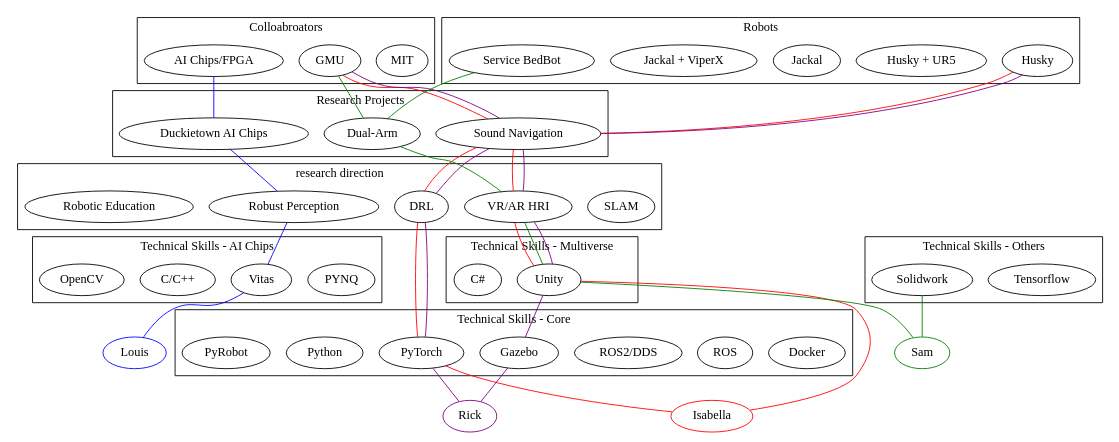
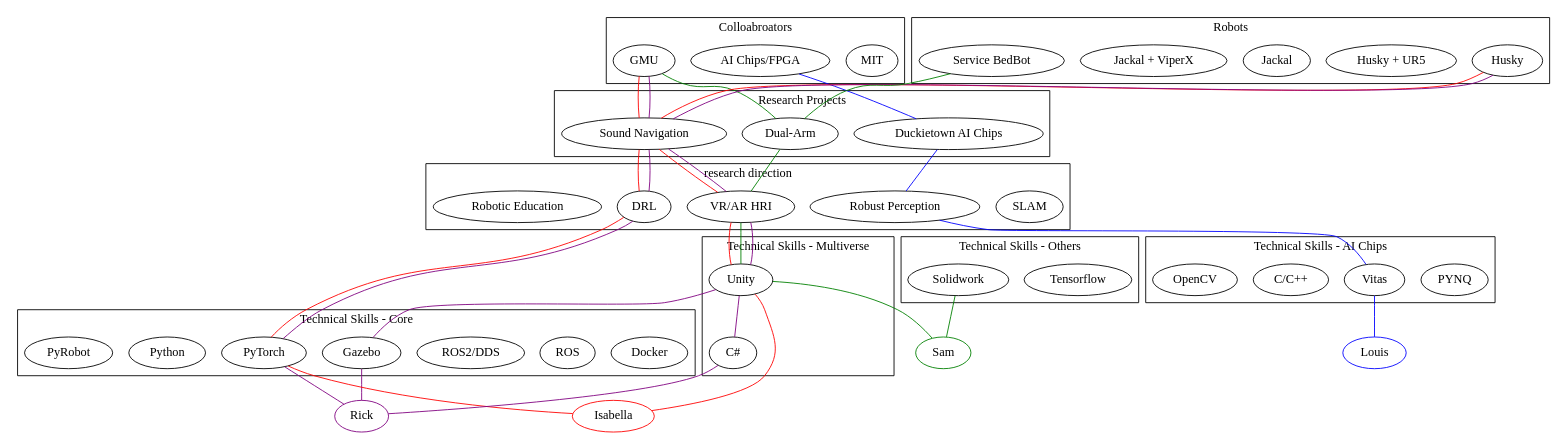
One commit to ARG-NCTU/robotics-skill-tree changed the diagram in research_tree_lab.dot. Above: the diagram before and after it, drawn with Graphviz.

Commit message:
rick_skill_tree

```diff
--- a/research_tree_lab.dot
+++ b/research_tree_lab.dot
@@ -1,63 +1,64 @@
 
 graph {
 subgraph cluster_A {
 label = "Colloabroators" ;
 "MIT" "GMU" "AI Chips/FPGA"
 }
 
 subgraph cluster_A1 {
 label = "Robots" ;
 "Husky" "Husky + UR5" "Jackal" "Jackal + ViperX" "Service BedBot"
 }
 
 subgraph cluster_B{
 label = "Research Projects" ;
 "Duckietown AI Chips" "Sound Navigation" "Dual-Arm"
 
 }
 
 subgraph cluster_C{
 label = "research direction";
 "SLAM" "DRL" "Robust Perception" "VR/AR HRI" "Robotic Education"
 }
 
 subgraph cluster_D{
 label = "Technical Skills - Core" ;
 "Docker" "ROS" "ROS2/DDS" "Gazebo" "PyTorch" "Python" "PyRobot"
 }
 
 subgraph cluster_D1{
 label = "Technical Skills - Multiverse" ;
 "Unity" "C#" 
 }
 
 subgraph cluster_D2{
 label = "Technical Skills - AI Chips" ;
  "PYNQ" "Vitas" "C/C++" "OpenCV"
 }
 
 subgraph cluster_D3{
 label = "Technical Skills - Others" ;
 "ROS" "ROS2/DDS" "Tensorflow" "Solidwork" 
 }
 
 "Isabella" [color=red];
 "GMU" -- "Sound Navigation" -- "VR/AR HRI" -- "Unity" -- "Isabella"[color=red];
 "Husky" --  "Sound Navigation" -- "DRL" -- "PyTorch" -- "Isabella"[color=red];
 
 
 "Sam" [color=green];
 "GMU" -- "Dual-Arm" -- "VR/AR HRI" -- "Unity" -- "Sam"[color=green];
 "Service BedBot" --  "Dual-Arm" [color=green]; 
 "Solidwork" -- "Sam"[color=green];
 
 "Louis" [color=blue];
 "AI Chips/FPGA" -- "Duckietown AI Chips" -- "Robust Perception" -- "Vitas" -- "Louis"[color=blue];
 
 "Rick" [color=purple];
-"GMU" -- "Sound Navigation" -- "VR/AR HRI" -- "Unity" -- "Gazebo" -- "Rick"[color=purple];
+"GMU" -- "Sound Navigation" -- "VR/AR HRI" -- "Unity" -- "C#" -- "Rick"[color=purple];
 "Husky" --  "Sound Navigation" -- "DRL" -- "PyTorch" -- "Rick"[color=purple];
+"Unity" -- "Gazebo" -- "Rick"[color=purple];
 
 
 
 }
```
